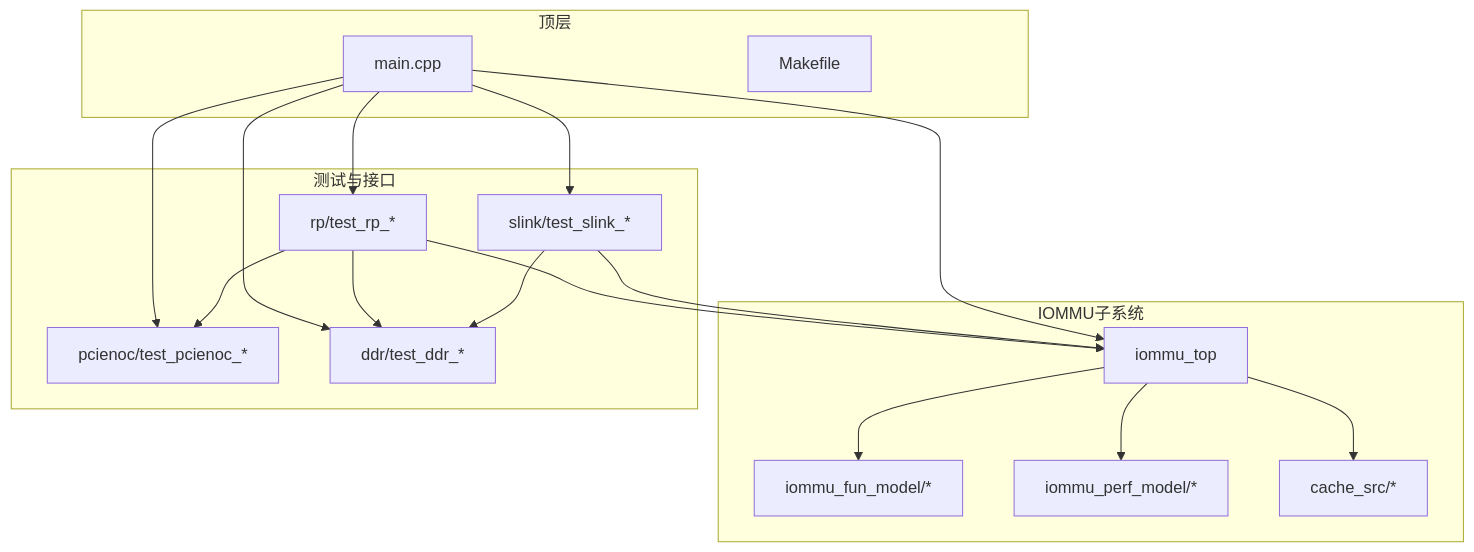
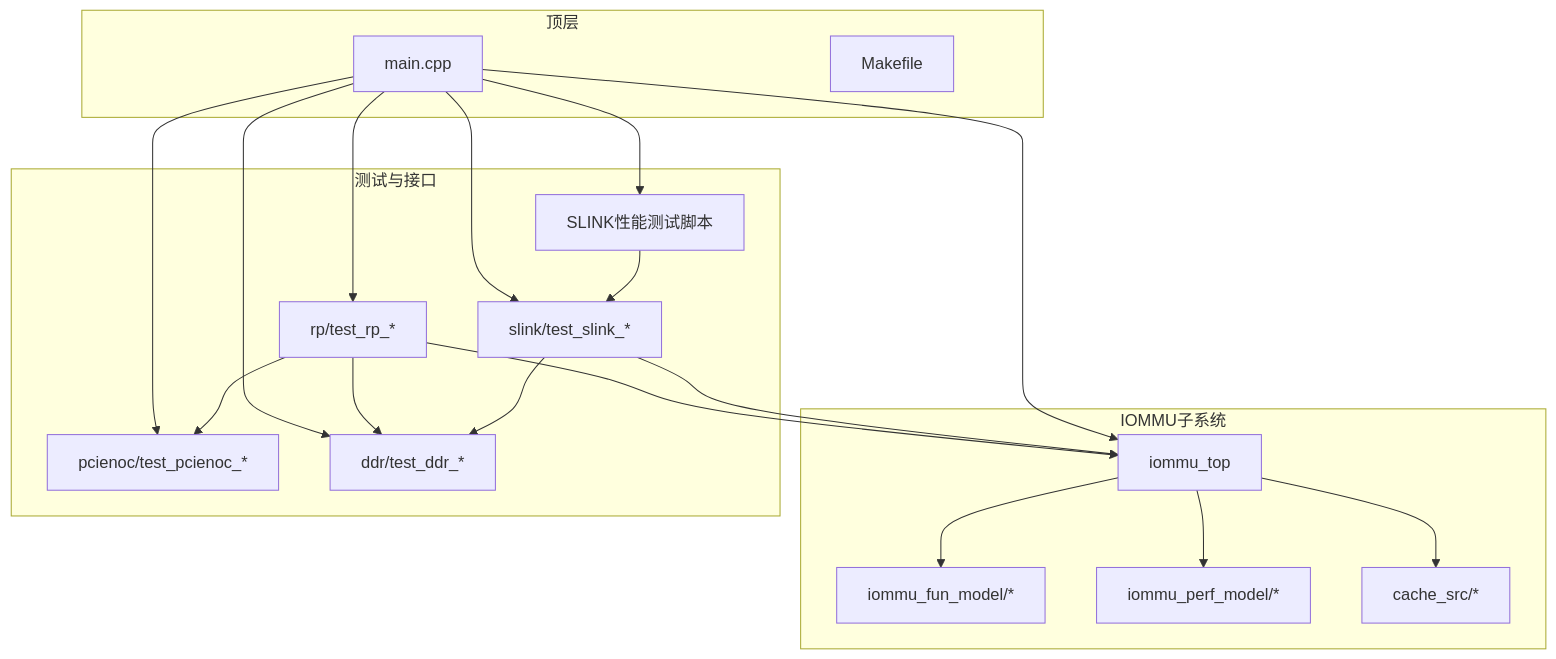
Before and after one commit to jiangjiang1122/iommu_model_20260401_v1: the first of 8 diagrams in .qoder/repowiki/zh/content/测试框架/测试框架.md, drawn with Mermaid. The commit also changed other lines of this file and 72 other files, not shown here.

````diff
--- a/.qoder/repowiki/zh/content/测试框架/测试框架.md
+++ b/.qoder/repowiki/zh/content/测试框架/测试框架.md
@@ -53,32 +71,35 @@
 ```mermaid
 graph TB
 subgraph "顶层"
 MAIN["main.cpp"]
 MK["Makefile"]
 end
 subgraph "IOMMU子系统"
 IOMMU_TOP["iommu_top"]
 IOMMU_FUN["iommu_fun_model/*"]
 IOMMU_PERF["iommu_perf_model/*"]
 IOMMU_CACHE["cache_src/*"]
 end
 subgraph "测试与接口"
 RP["rp/test_rp_*"]
 PCIE["pcienoc/test_pcienoc_*"]
 DDR["ddr/test_ddr_*"]
 SLINK["slink/test_slink_*"]
+SLINK_TEST["SLINK性能测试脚本"]
 end
 MAIN --> IOMMU_TOP
 MAIN --> RP
 MAIN --> PCIE
 MAIN --> DDR
 MAIN --> SLINK
+MAIN --> SLINK_TEST
 IOMMU_TOP --> IOMMU_FUN
 IOMMU_TOP --> IOMMU_PERF
 IOMMU_TOP --> IOMMU_CACHE
 RP --> IOMMU_TOP
 RP --> DDR
 RP --> PCIE
 SLINK --> IOMMU_TOP
 SLINK --> DDR
+SLINK_TEST --> SLINK
 ```
````
